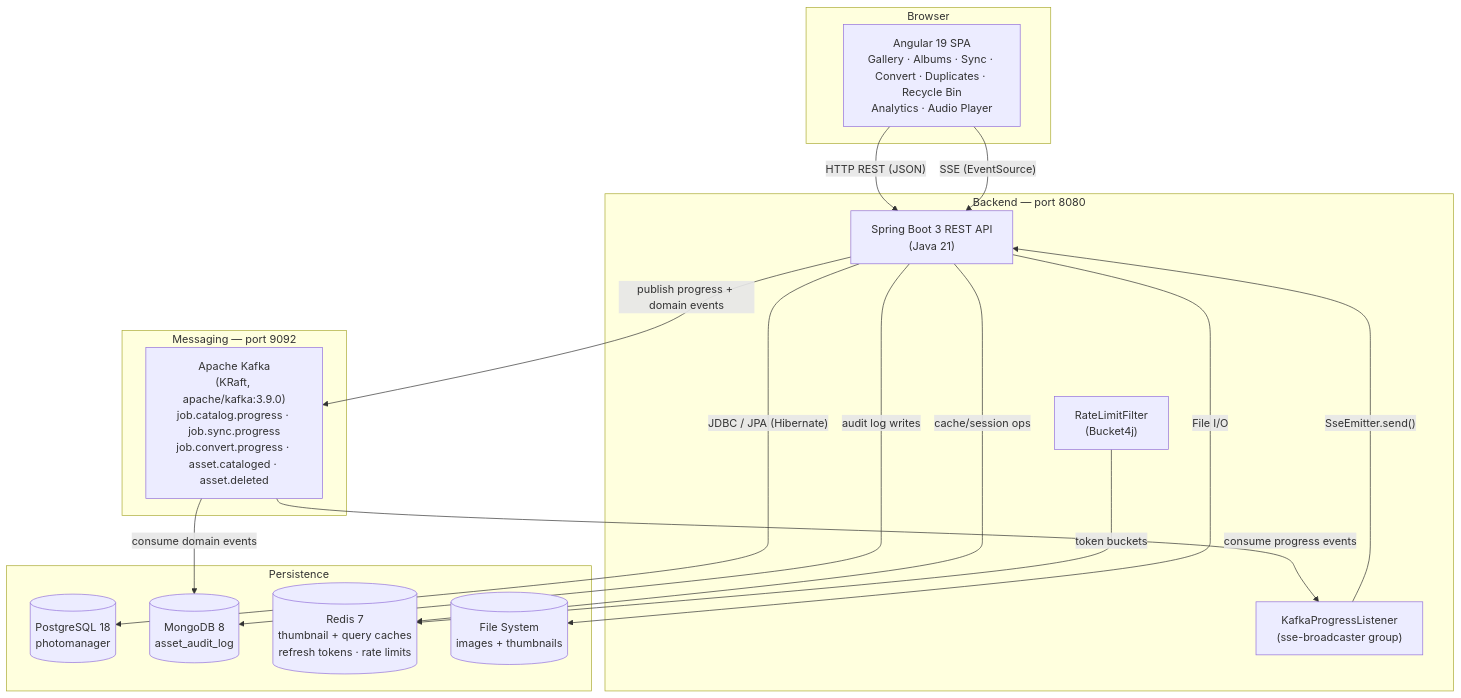
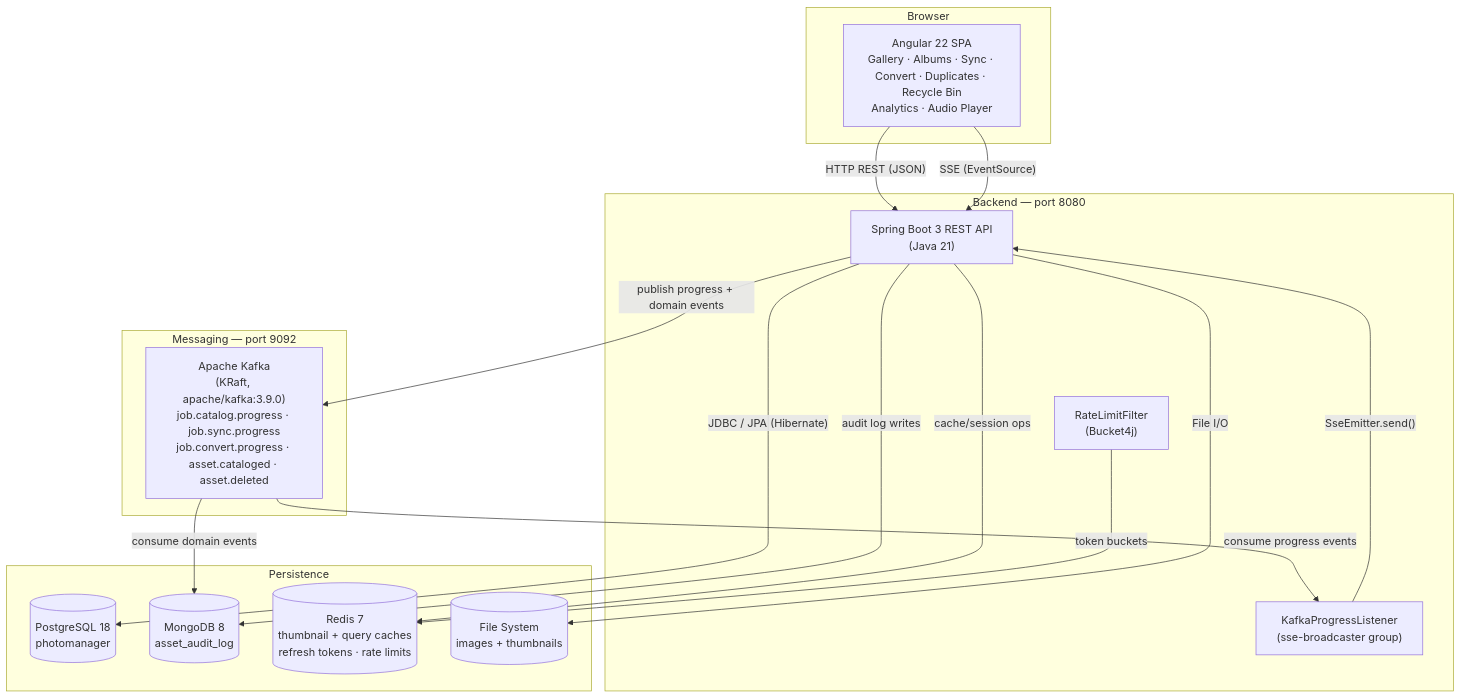
The first of 4 diagrams in JPPhotoManagerWeb/docs/architecture.md (jpablodrexler/jp-photo-manager), drawn with Mermaid before and after one commit. The commit also changed other lines of this file and 4 other files, not shown here.

````diff
--- a/JPPhotoManagerWeb/docs/architecture.md
+++ b/JPPhotoManagerWeb/docs/architecture.md
@@ -7,35 +7,35 @@
 ```mermaid
 graph TB
     subgraph browser["Browser"]
-        Angular["Angular 19 SPA\nGallery · Albums · Sync · Convert · Duplicates · Recycle Bin\nAnalytics · Audio Player"]
+        Angular["Angular 22 SPA\nGallery · Albums · Sync · Convert · Duplicates · Recycle Bin\nAnalytics · Audio Player"]
     end
 
     subgraph backend["Backend — port 8080"]
         SpringBoot["Spring Boot 3 REST API\n(Java 21)"]
         KPL["KafkaProgressListener\n(sse-broadcaster group)"]
         RLF["RateLimitFilter\n(Bucket4j)"]
     end
 
     subgraph messaging["Messaging — port 9092"]
         Kafka["Apache Kafka\n(KRaft, apache/kafka:3.9.0)\njob.catalog.progress · job.sync.progress\njob.convert.progress · asset.cataloged · asset.deleted"]
     end
 
     subgraph persistence["Persistence"]
         PG[("PostgreSQL 18\nphotomanager")]
         Mongo[("MongoDB 8\nasset_audit_log")]
         Redis[("Redis 7\nthumbnail + query caches\nrefresh tokens · rate limits")]
         FS[("File System\nimages + thumbnails")]
     end
 
     Angular -->|"HTTP REST (JSON)"| SpringBoot
     Angular -->|"SSE (EventSource)"| SpringBoot
     SpringBoot -->|"JDBC / JPA (Hibernate)"| PG
     SpringBoot -->|"audit log writes"| Mongo
     SpringBoot -->|"cache/session ops"| Redis
     RLF -->|"token buckets"| Redis
     SpringBoot -->|"File I/O"| FS
     SpringBoot -->|"publish progress + domain events"| Kafka
     Kafka -->|"consume progress events"| KPL
     Kafka -->|"consume domain events"| Mongo
     KPL -->|"SseEmitter.send()"| SpringBoot
 ```
````
